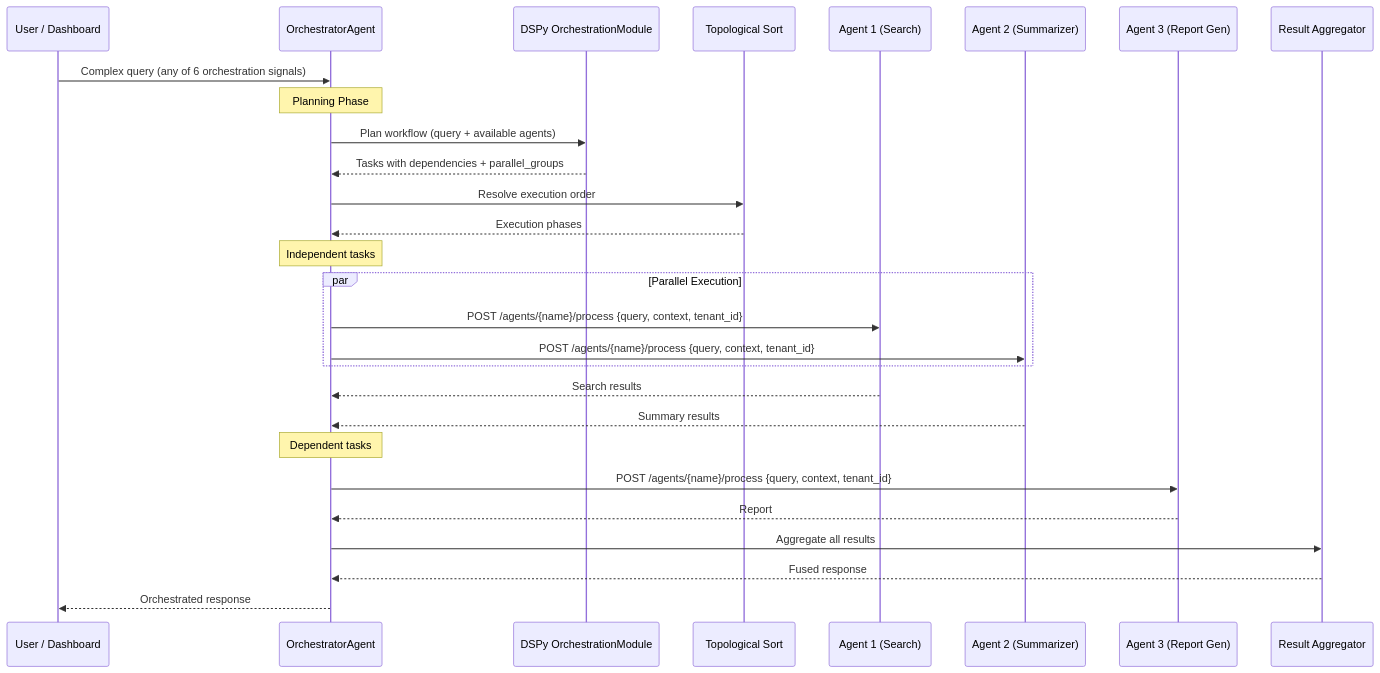
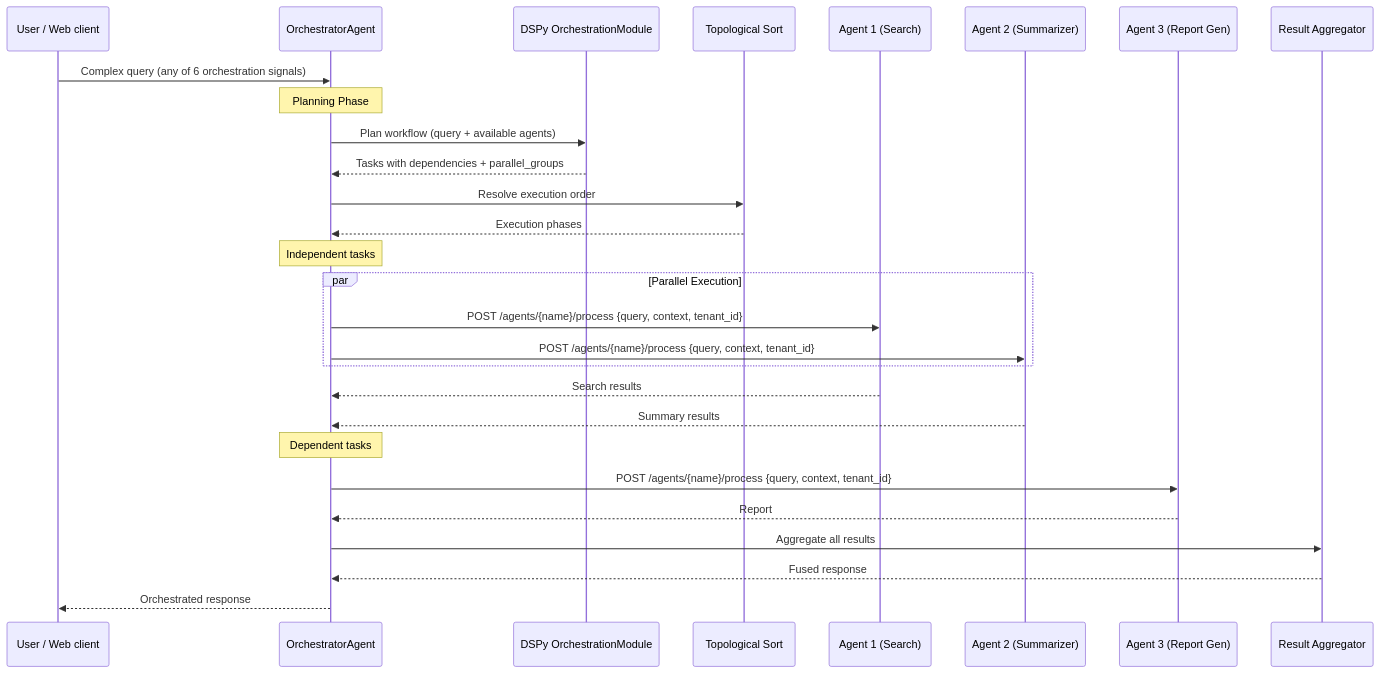
The fourth of 5 diagrams in docs/architecture/intelligent-query-routing.md (amit-jain/cogniverse), drawn with Mermaid before and after one commit. The commit also changed other lines of this file and 241 other files, not shown here.

````diff
--- a/docs/architecture/intelligent-query-routing.md
+++ b/docs/architecture/intelligent-query-routing.md
@@ -278,36 +278,36 @@
 ```mermaid
 sequenceDiagram
-    participant U as User / Dashboard
+    participant U as User / Web client
     participant O as OrchestratorAgent
     participant WP as DSPy OrchestrationModule
     participant TS as Topological Sort
     participant A1 as Agent 1 (Search)
     participant A2 as Agent 2 (Summarizer)
     participant A3 as Agent 3 (Report Gen)
     participant AGG as Result Aggregator
 
     U->>O: Complex query (any of 6 orchestration signals)
 
     Note over O: Planning Phase
     O->>WP: Plan workflow (query + available agents)
     WP-->>O: Tasks with dependencies + parallel_groups
 
     O->>TS: Resolve execution order
     TS-->>O: Execution phases
 
     Note over O: Independent tasks
     par Parallel Execution
         O->>A1: POST /agents/{name}/process {query, context, tenant_id}
         O->>A2: POST /agents/{name}/process {query, context, tenant_id}
     end
     A1-->>O: Search results
     A2-->>O: Summary results
 
     Note over O: Dependent tasks
     O->>A3: POST /agents/{name}/process {query, context, tenant_id}
     A3-->>O: Report
 
     O->>AGG: Aggregate all results
     AGG-->>O: Fused response
     O-->>U: Orchestrated response
 ```
````
